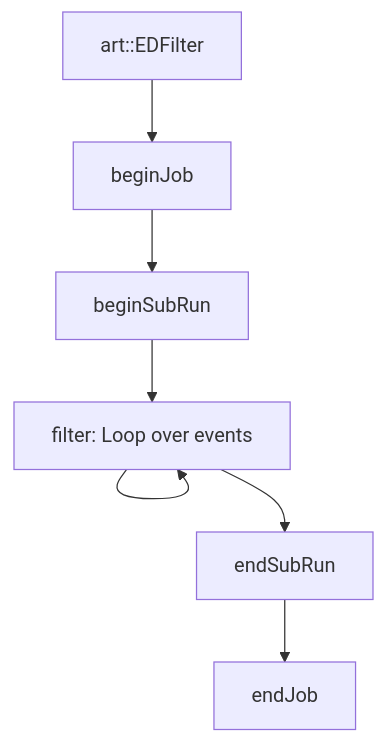
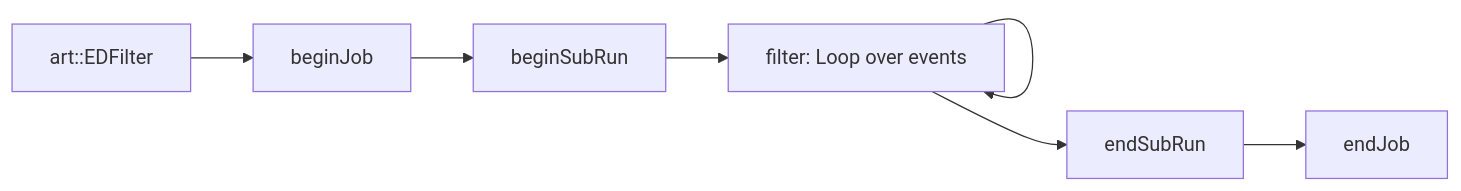
Before and after one commit to SBNSoftware/sbncode: the second of 4 diagrams in sbncode/SinglePhotonAnalysis/README.md, drawn with Mermaid. The commit also changed other lines of this file and 9 other files, not shown here.

````diff
--- a/sbncode/SinglePhotonAnalysis/README.md
+++ b/sbncode/SinglePhotonAnalysis/README.md
@@ -83,9 +72,9 @@
 ```mermaid
-graph TD
+graph LR
 A[art::EDFilter]-->B[beginJob];
 B-->C[beginSubRun];
 C-->F[filter: Loop over events];
 F-->F;
 F-->D[endSubRun];
 D-->E[endJob];
 ```
````
